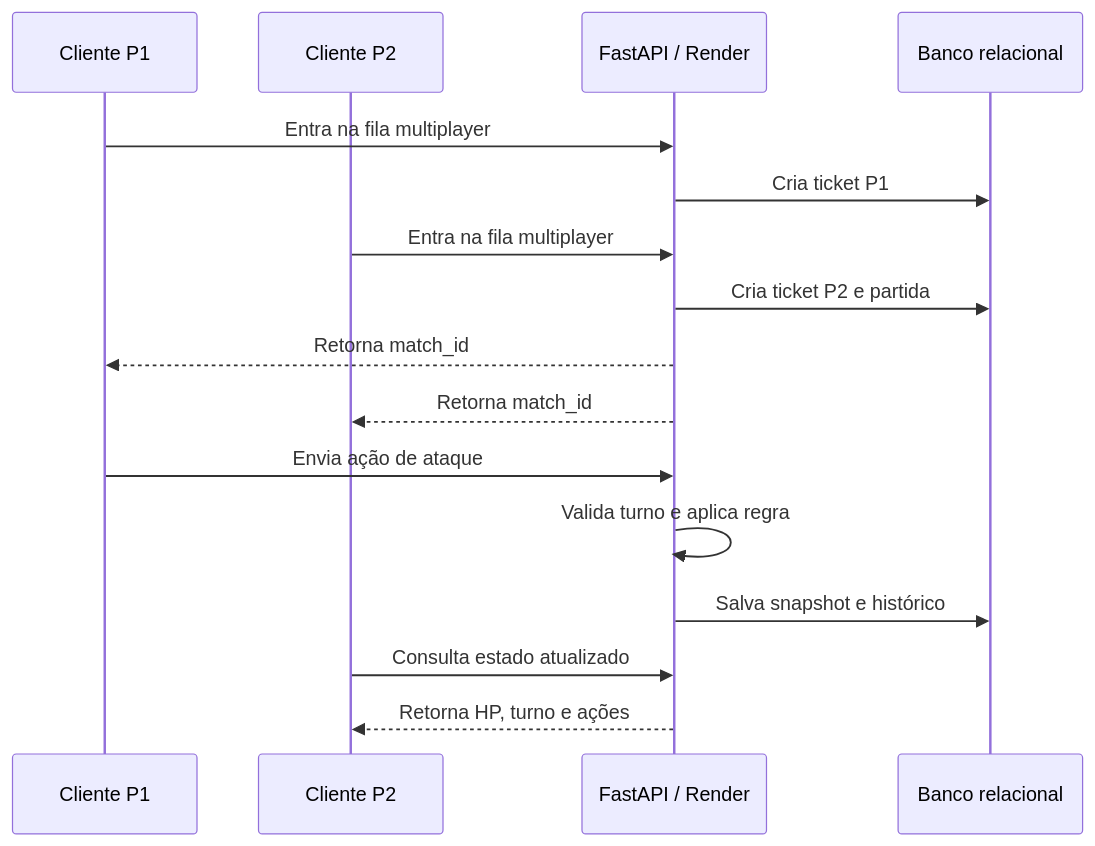
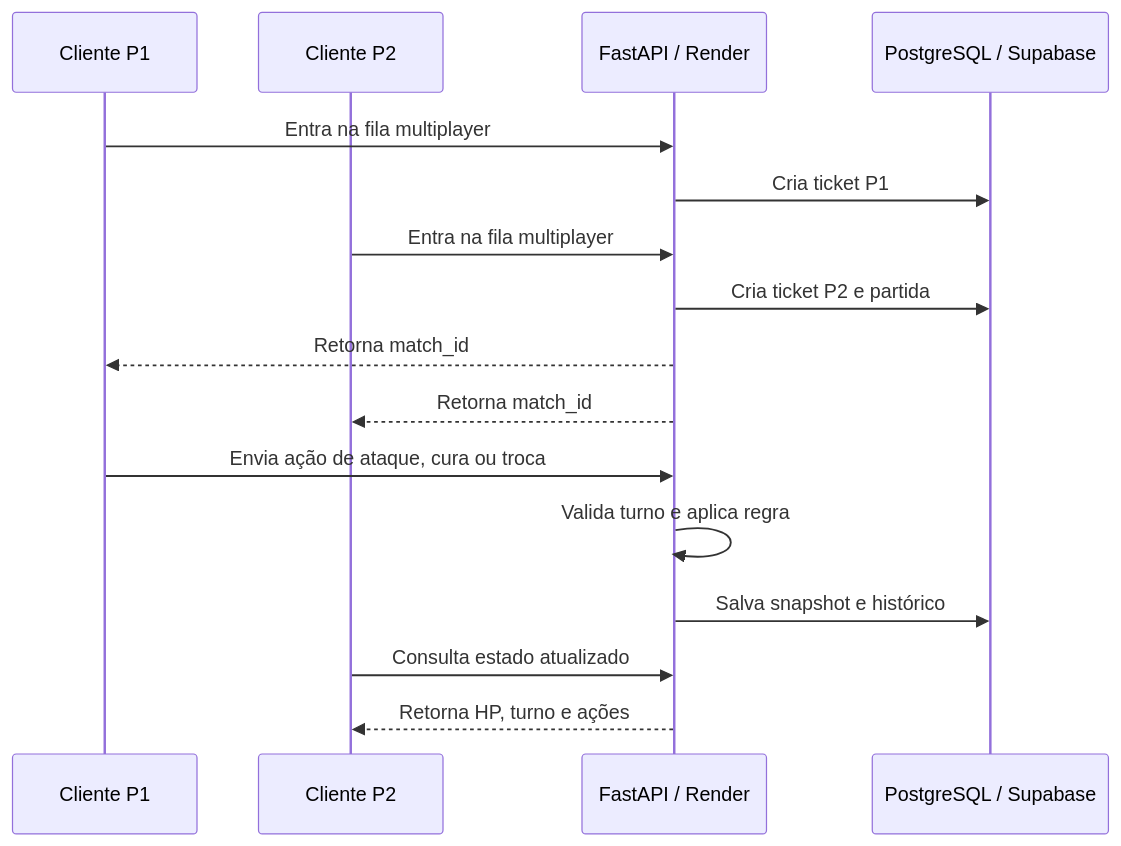
Before and after one commit to Edu0032/PokePyGame: the diagram in README.md, drawn with Mermaid. The commit also changed other lines of this file and 14 other files, not shown here.

````diff
--- a/README.md
+++ b/README.md
@@ -39,19 +61,19 @@
 ```mermaid
 sequenceDiagram
     participant Player1 as Cliente P1
     participant Player2 as Cliente P2
     participant API as FastAPI / Render
-    participant DB as Banco relacional
+    participant DB as PostgreSQL / Supabase
 
     Player1->>API: Entra na fila multiplayer
     API->>DB: Cria ticket P1
     Player2->>API: Entra na fila multiplayer
     API->>DB: Cria ticket P2 e partida
     API-->>Player1: Retorna match_id
     API-->>Player2: Retorna match_id
-    Player1->>API: Envia ação de ataque
+    Player1->>API: Envia ação de ataque, cura ou troca
     API->>API: Valida turno e aplica regra
     API->>DB: Salva snapshot e histórico
     Player2->>API: Consulta estado atualizado
     API-->>Player2: Retorna HP, turno e ações
 ```
````
